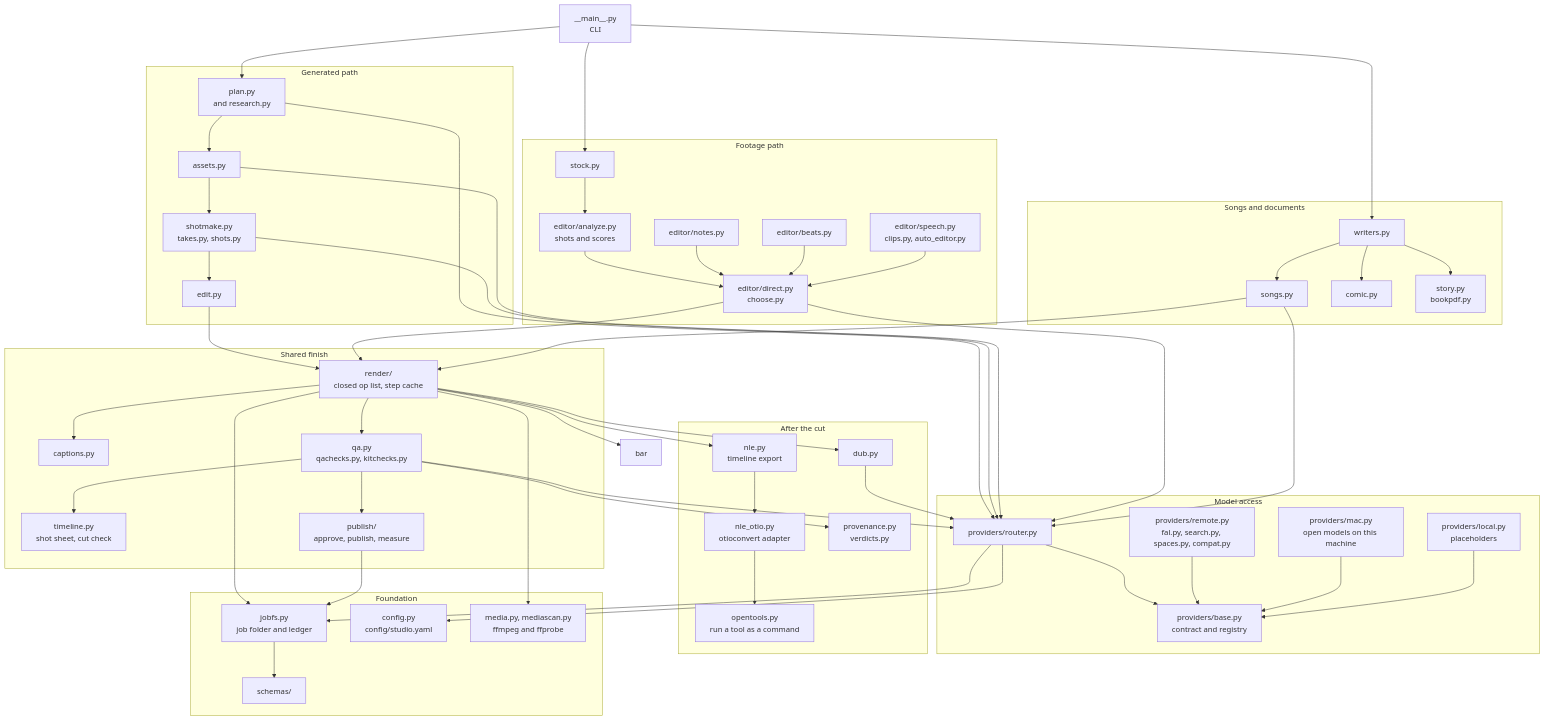
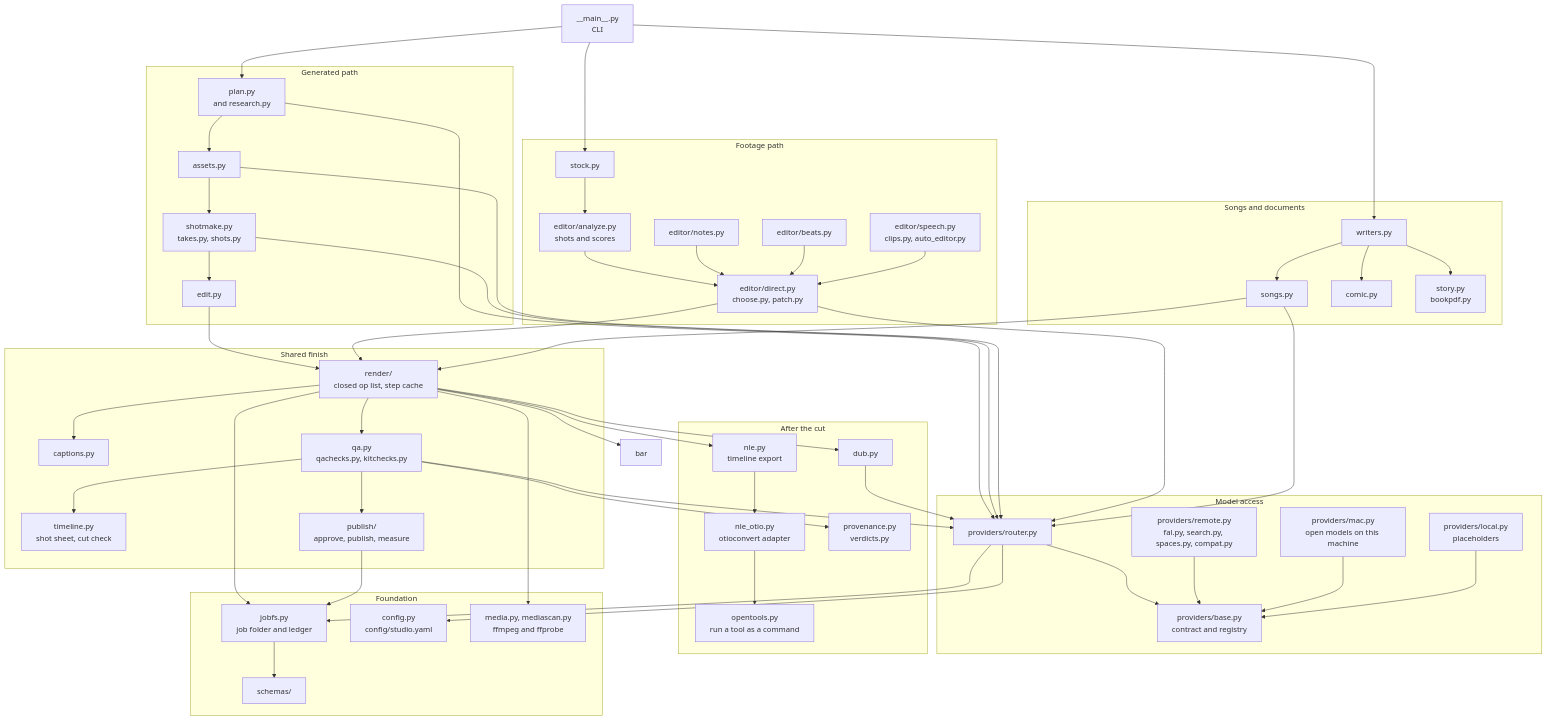
Before and after one commit to kaiverse-io/kalainova: the third of 10 diagrams in ARCHITECTURE.md, drawn with Mermaid. The commit also changed other lines of this file and 8 other files, not shown here.

```diff
--- a/ARCHITECTURE.md
+++ b/ARCHITECTURE.md
@@ -119,7 +119,7 @@
     subgraph footage["Footage path"]
         stockmod["stock.py"]
         analyze["editor/analyze.py<br/>shots and scores"]
-        direct["editor/direct.py<br/>choose.py"]
+        direct["editor/direct.py<br/>choose.py, patch.py"]
         notes["editor/notes.py"]
         beats["editor/beats.py"]
         speech["editor/speech.py<br/>clips.py, auto_editor.py"]
```
